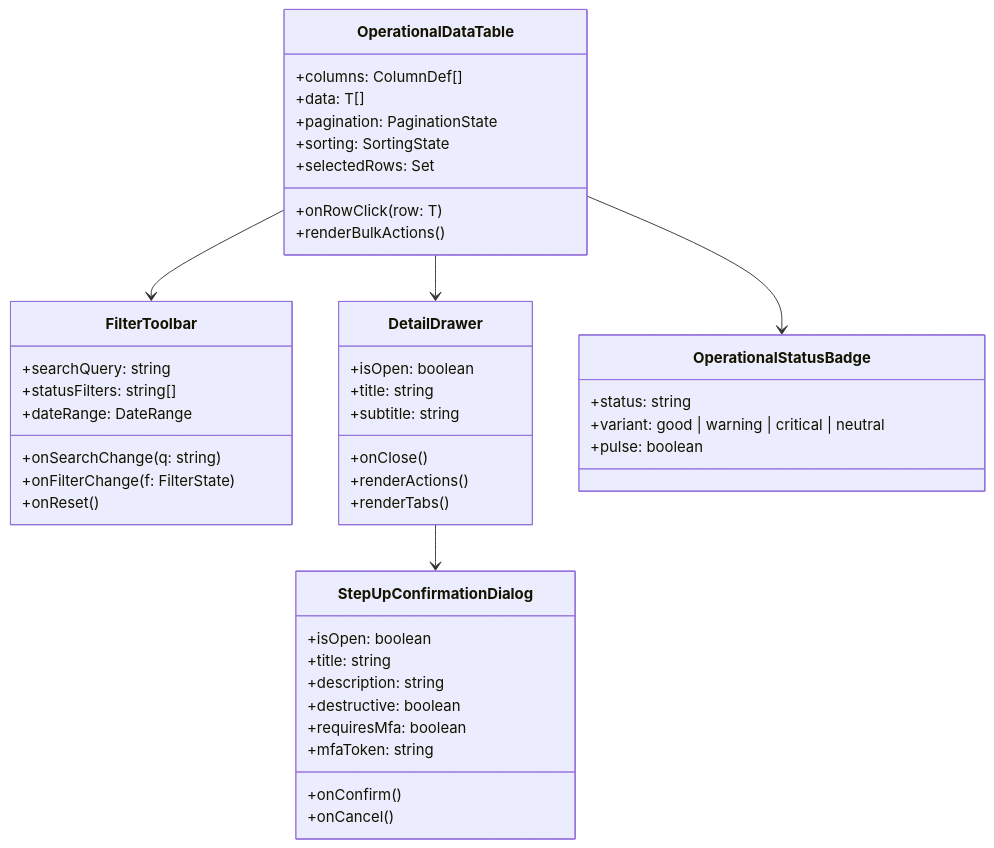
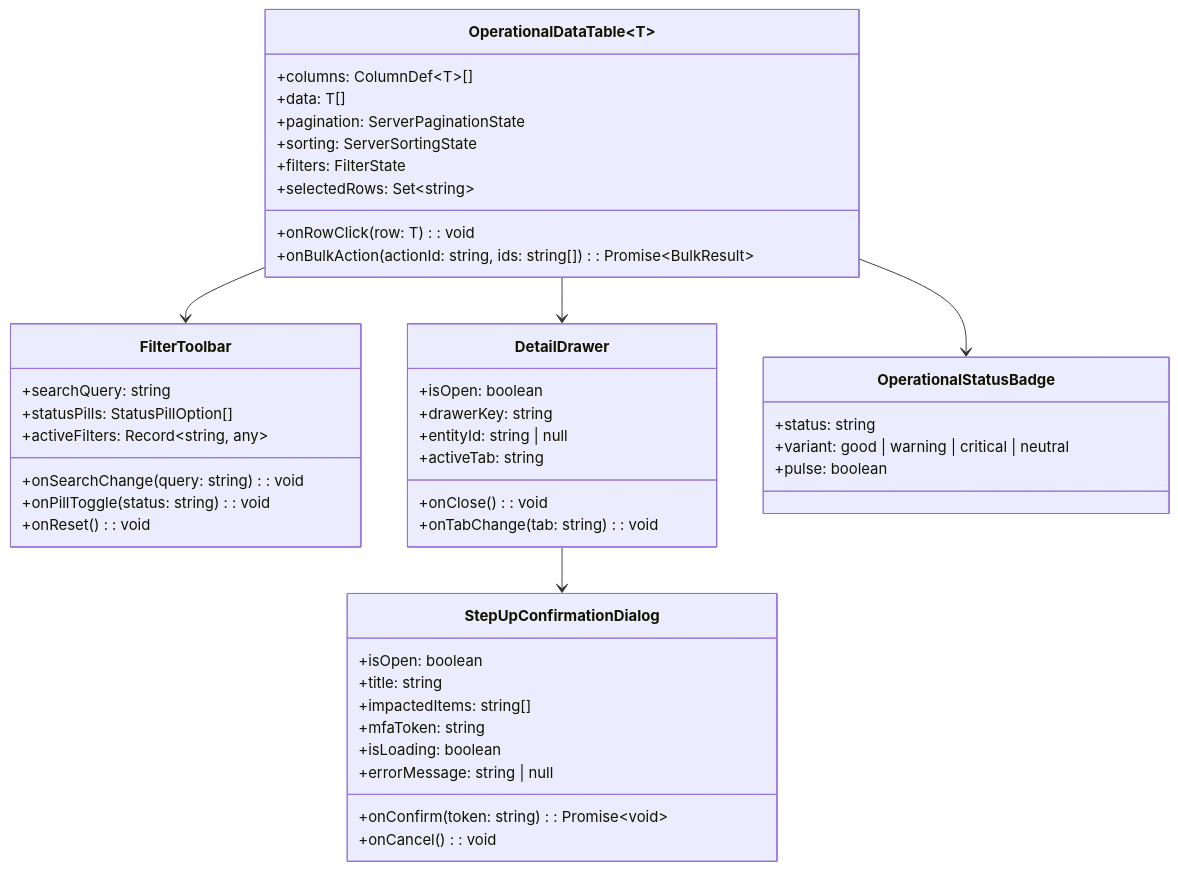
Before and after one commit to Nikhil-ig/OrbitoX-Platform: the diagram in docs/ui-reset/phase-7c/05_COMPONENT_AND_DATA_CONTRACT_ARCHITECTURE.md, drawn with Mermaid. The commit also changed other lines of this file and 9 other files, not shown here.

````diff
--- a/docs/ui-reset/phase-7c/05_COMPONENT_AND_DATA_CONTRACT_ARCHITECTURE.md
+++ b/docs/ui-reset/phase-7c/05_COMPONENT_AND_DATA_CONTRACT_ARCHITECTURE.md
@@ -15,52 +15,53 @@
 ```mermaid
 classDiagram
-    class OperationalDataTable {
-        +columns: ColumnDef[]
+    class OperationalDataTable~T~ {
+        +columns: ColumnDef~T~[]
         +data: T[]
-        +pagination: PaginationState
-        +sorting: SortingState
-        +selectedRows: Set<string>
-        +onRowClick(row: T)
-        +renderBulkActions()
+        +pagination: ServerPaginationState
+        +sorting: ServerSortingState
+        +filters: FilterState
+        +selectedRows: Set~string~
+        +onRowClick(row: T): void
+        +onBulkAction(actionId: string, ids: string[]): Promise~BulkResult~
     }
 
     class FilterToolbar {
         +searchQuery: string
-        +statusFilters: string[]
-        +dateRange: DateRange
-        +onSearchChange(q: string)
-        +onFilterChange(f: FilterState)
-        +onReset()
+        +statusPills: StatusPillOption[]
+        +activeFilters: Record~string, any~
+        +onSearchChange(query: string): void
+        +onPillToggle(status: string): void
+        +onReset(): void
     }
 
     class DetailDrawer {
         +isOpen: boolean
-        +title: string
-        +subtitle: string
-        +onClose()
-        +renderActions()
-        +renderTabs()
+        +drawerKey: string
+        +entityId: string | null
+        +activeTab: string
+        +onClose(): void
+        +onTabChange(tab: string): void
     }
 
     class StepUpConfirmationDialog {
         +isOpen: boolean
         +title: string
-        +description: string
-        +destructive: boolean
-        +requiresMfa: boolean
+        +impactedItems: string[]
         +mfaToken: string
-        +onConfirm()
-        +onCancel()
+        +isLoading: boolean
+        +errorMessage: string | null
+        +onConfirm(token: string): Promise~void~
+        +onCancel(): void
     }
 
     class OperationalStatusBadge {
         +status: string
         +variant: good | warning | critical | neutral
         +pulse: boolean
     }
 
     OperationalDataTable --> FilterToolbar
     OperationalDataTable --> OperationalStatusBadge
     OperationalDataTable --> DetailDrawer
     DetailDrawer --> StepUpConfirmationDialog
 ```
````
